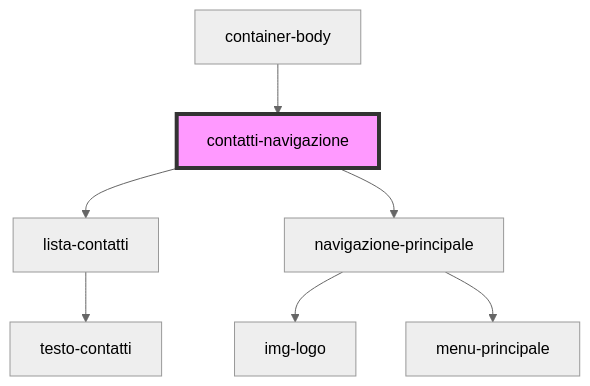
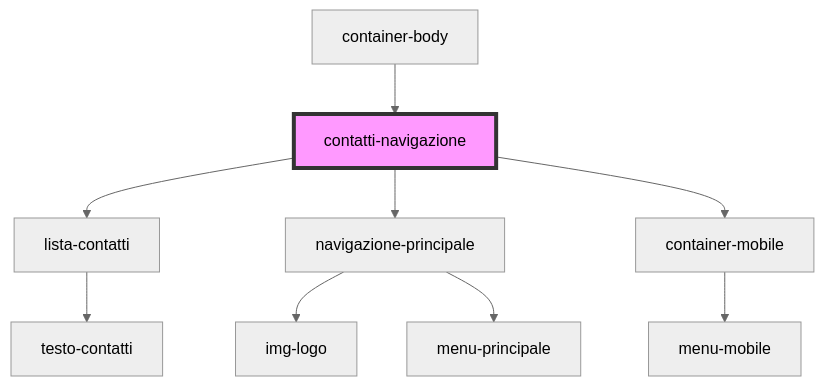
Before and after one commit to Sarafossati/ACME-Landing-Page: the diagram in project/src/components/contatti-navigazione/readme.md, drawn with Mermaid (neutral theme). The commit also changed other lines of this file and 74 other files, not shown here.

````diff
--- a/project/src/components/contatti-navigazione/readme.md
+++ b/project/src/components/contatti-navigazione/readme.md
@@ -20,10 +21,12 @@
 ```mermaid
 graph TD;
   contatti-navigazione --> lista-contatti
   contatti-navigazione --> navigazione-principale
+  contatti-navigazione --> container-mobile
   lista-contatti --> testo-contatti
   navigazione-principale --> img-logo
   navigazione-principale --> menu-principale
+  container-mobile --> menu-mobile
   container-body --> contatti-navigazione
   style contatti-navigazione fill:#f9f,stroke:#333,stroke-width:4px
 ```
````
